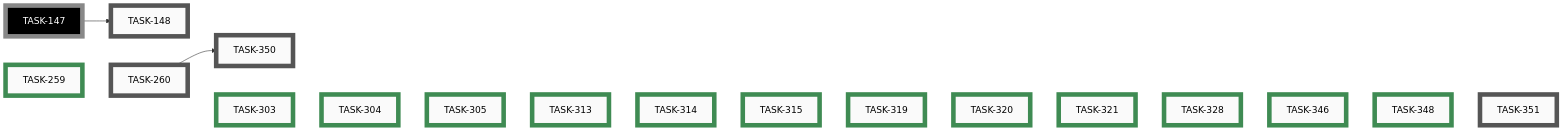
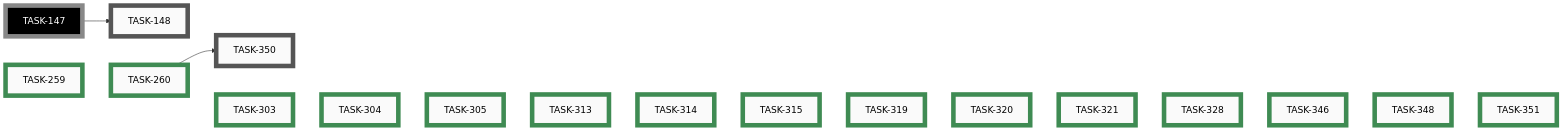
The tenth of 10 diagrams in docs/developers/tasks/EPICS.md (tgd1975/AwesomeStudioPedal), drawn with Mermaid before and after one commit. The commit also changed other lines of this file and 11 other files, not shown here.

First line of the commit message:
close TASK-260: unify version numbers across all deliverables

````diff
--- a/docs/developers/tasks/EPICS.md
+++ b/docs/developers/tasks/EPICS.md
@@ -404,49 +404,49 @@
 ```mermaid
 graph LR
     TASK_148["TASK-148"]:::open
-    TASK_260["TASK-260"]:::open
     TASK_350["TASK-350"]:::open
-    TASK_351["TASK-351"]:::open
     TASK_259["TASK-259"]:::closed
+    TASK_260["TASK-260"]:::closed
     TASK_303["TASK-303"]:::closed
     TASK_304["TASK-304"]:::closed
     TASK_305["TASK-305"]:::closed
     TASK_313["TASK-313"]:::closed
     TASK_314["TASK-314"]:::closed
     TASK_315["TASK-315"]:::closed
     TASK_319["TASK-319"]:::closed
     TASK_320["TASK-320"]:::closed
     TASK_321["TASK-321"]:::closed
     TASK_328["TASK-328"]:::closed
     TASK_346["TASK-346"]:::closed
     TASK_348["TASK-348"]:::closed
+    TASK_351["TASK-351"]:::closed
     TASK_147["TASK-147"]:::openExt
     TASK_147 --> TASK_148
     TASK_260 --> TASK_350
     TASK_259 ~~~ TASK_260 ~~~ TASK_303 ~~~ TASK_304 ~~~ TASK_305 ~~~ TASK_313 ~~~ TASK_314 ~~~ TASK_315 ~~~ TASK_319 ~~~ TASK_320 ~~~ TASK_321 ~~~ TASK_328 ~~~ TASK_346 ~~~ TASK_348 ~~~ TASK_351
     click TASK_148 "open/task-148-reorganise-developer-documentation.md"
-    click TASK_260 "open/task-260-unify-version-numbers-across-deliverables.md"
     click TASK_350 "open/task-350-display-unified-version-in-web-tooling.md"
-    click TASK_351 "open/task-351-ensure-autogenerated-markdown-is-lint-clean.md"
     click TASK_259 "closed/task-259-android-app-test-protocol.md"
+    click TASK_260 "closed/task-260-unify-version-numbers-across-deliverables.md"
     click TASK_303 "closed/task-303-simulator-boots-with-demo-loaded.md"
     click TASK_304 "closed/task-304-simulator-button-no-hover-reaction.md"
     click TASK_305 "closed/task-305-add-category-field-to-ideas.md"
     click TASK_313 "closed/task-313-emoji-icons-for-idea-categories.md"
     click TASK_314 "closed/task-314-nbsp-between-icon-and-category.md"
     click TASK_315 "closed/task-315-idea-sub-file-naming-convention.md"
     click TASK_319 "closed/task-319-remove-wireviz-precommit-block.md"
     click TASK_320 "closed/task-320-remove-ble-flag-precommit-check.md"
     click TASK_321 "closed/task-321-fix-ci-failures-mermaid-clang-tidy.md"
     click TASK_328 "closed/task-328-prevent-parallel-housekeep-execution.md"
     click TASK_346 "closed/task-346-content-sensitive-precommit-checks.md"
     click TASK_348 "closed/task-348-derive-clang-tidy-set-from-compile-commands.md"
+    click TASK_351 "closed/task-351-ensure-autogenerated-markdown-is-lint-clean.md"
     classDef open    fill:#FAFAFA,stroke:#555,stroke-width:8px,color:#000
     classDef active  fill:#FAFAFA,stroke:#1A6FA8,stroke-width:8px,color:#000
     classDef closed  fill:#FAFAFA,stroke:#3F8B53,stroke-width:8px,color:#000
     classDef paused  fill:#FAFAFA,stroke:#B07810,stroke-width:8px,color:#000
     classDef openExt    fill:#000,stroke:#888,stroke-width:8px,color:#FFF
     classDef activeExt  fill:#000,stroke:#3FA9F5,stroke-width:8px,color:#FFF
     classDef closedExt  fill:#000,stroke:#7CC68A,stroke-width:8px,color:#FFF
     classDef pausedExt  fill:#000,stroke:#F0B030,stroke-width:8px,color:#FFF
 ```
````
